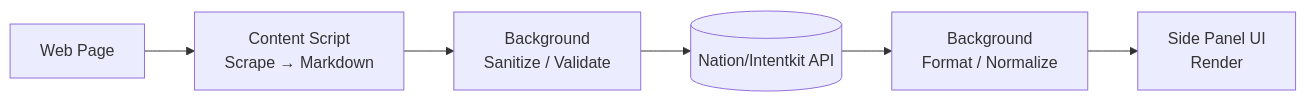
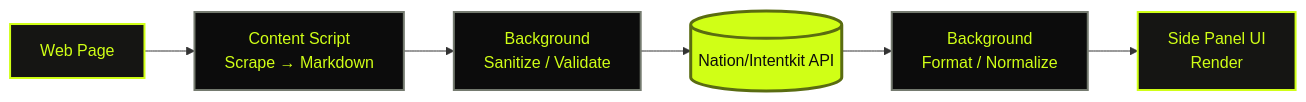
One commit to v1ktorrr0x/nation-assistant changed the diagram in API_DEMO.md. Above: the diagram before and after it, drawn with Mermaid. The commit also changed other lines of this file, not shown here.

Commit message:
docs: add Nation theme colors to Mermaid flowchart (cyber-green API focus)

````diff
--- a/API_DEMO.md
+++ b/API_DEMO.md
@@ -3,8 +3,21 @@
 ```mermaid
 flowchart LR
-  A[Web Page] --> B[Content Script\nScrape → Markdown]
-  B --> C[Background\nSanitize / Validate]
+  A[Web Page] --> B[Content Script<br/>Scrape → Markdown]
+  B --> C[Background<br/>Sanitize / Validate]
   C --> D[(Nation/Intentkit API)]
-  D --> E[Background\nFormat / Normalize]
-  E --> F[Side Panel UI\nRender]
+  D --> E[Background<br/>Format / Normalize]
+  E --> F[Side Panel UI<br/>Render]
+  
+  classDef webPage fill:#151513,stroke:#D0FF16,stroke-width:2px,color:#D0FF16
+  classDef contentScript fill:#0C0C0C,stroke:#747A6F,stroke-width:2px,color:#D0FF16
+  classDef background fill:#0C0C0C,stroke:#747A6F,stroke-width:2px,color:#D0FF16
+  classDef api fill:#D0FF16,stroke:#5A6C11,stroke-width:3px,color:#0C0C0C
+  classDef ui fill:#151513,stroke:#D0FF16,stroke-width:2px,color:#D0FF16
+  
+  class A webPage
+  class B contentScript
+  class C background
+  class D api
+  class E background
+  class F ui
 ```
````
